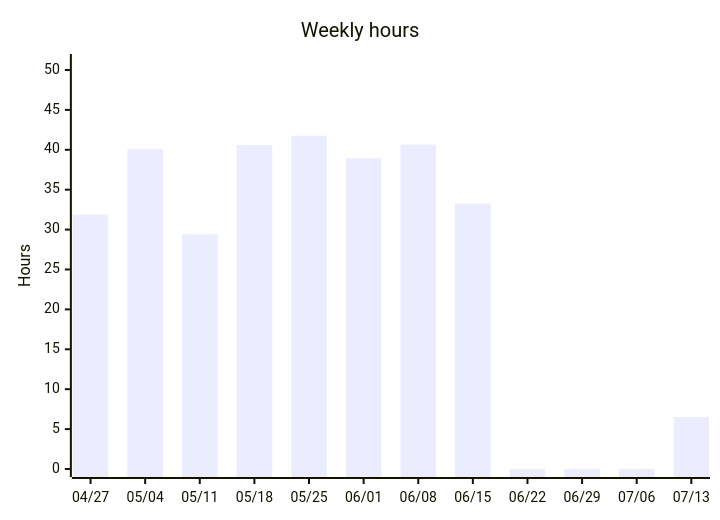
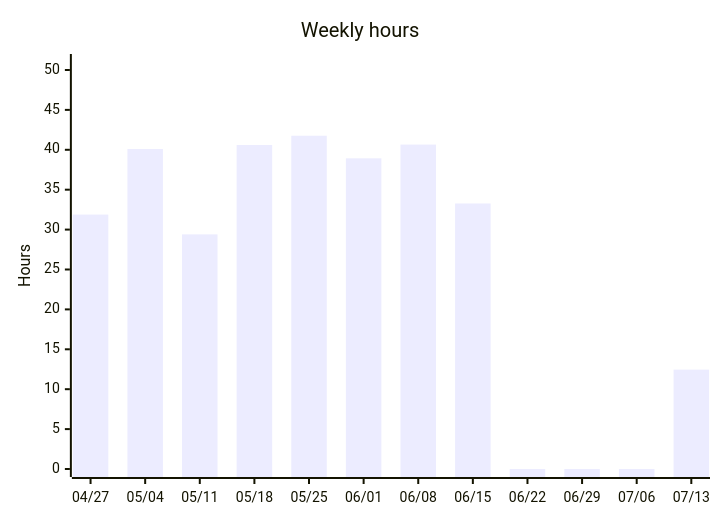
Before and after one commit to albinforsberg-netizen/timeclock: the third of 5 diagrams in README.org, drawn with Mermaid. The commit also changed other lines of this file, not shown here.

```diff
--- a/README.org
+++ b/README.org
@@ -103,7 +103,7 @@
 #+begin_src mermaid
 xychart-beta
     title "Weekly hours"
     x-axis ["04/27", "05/04", "05/11", "05/18", "05/25", "06/01", "06/08", "06/15", "06/22", "06/29", "07/06", "07/13"]
     y-axis "Hours" 0 --> 51
-    bar [31.88, 40.10, 29.40, 40.60, 41.76, 38.93, 40.65, 33.27, 0.00, 0.00, 0.00, 6.52]
+    bar [31.88, 40.10, 29.40, 40.60, 41.76, 38.93, 40.65, 33.27, 0.00, 0.00, 0.00, 12.45]
 #+end_src
```
